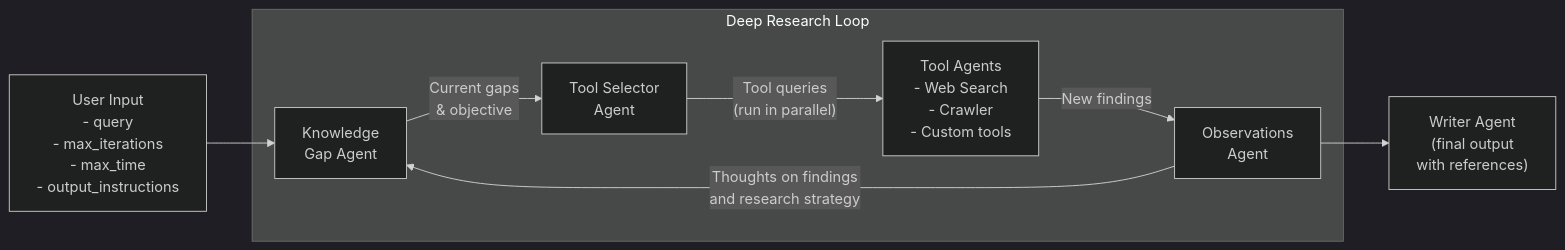
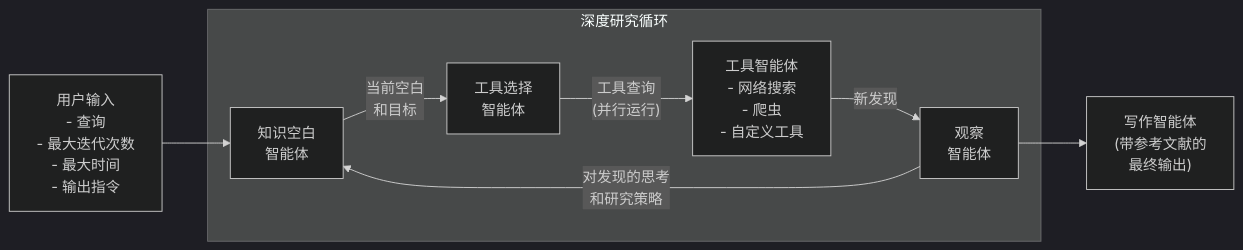
The first of 2 diagrams in README.md (techflag/deepresearch-agents), drawn with Mermaid (dark theme) before and after one commit. The commit also changed other lines of this file and 5 other files, not shown here.

````diff
--- a/README.md
+++ b/README.md
@@ -59,13 +50,13 @@
 ```mermaid
 flowchart LR
-    A["User Input<br>- query<br>- max_iterations<br>- max_time<br>- output_instructions"] --> B
+    A["用户输入<br>- 查询<br>- 最大迭代次数<br>- 最大时间<br>- 输出指令"] --> B
 
-    subgraph "Deep Research Loop"
-        B["Knowledge<br>Gap Agent"] -->|"Current gaps<br>& objective"| C["Tool Selector<br>Agent"]
-        C -->|"Tool queries<br>(run in parallel)"| D["Tool Agents<br>- Web Search<br>- Crawler<br>- Custom tools"]
-        D -->|"New findings"| E["Observations<br>Agent"]
-        E --> |"Thoughts on findings<br>and research strategy"| B
+    subgraph "深度研究循环"
+        B["知识空白<br>智能体"] -->|"当前空白<br>和目标"| C["工具选择<br>智能体"]
+        C -->|"工具查询<br>(并行运行)"| D["工具智能体<br>- 网络搜索<br>- 爬虫<br>- 自定义工具"]
+        D -->|"新发现"| E["观察<br>智能体"]
+        E --> |"对发现的思考<br>和研究策略"| B
     end
 
-    E --> F["Writer Agent<br>(final output<br>with references)"]
+    E --> F["写作智能体<br>(带参考文献的<br>最终输出)"]
 ```
````
